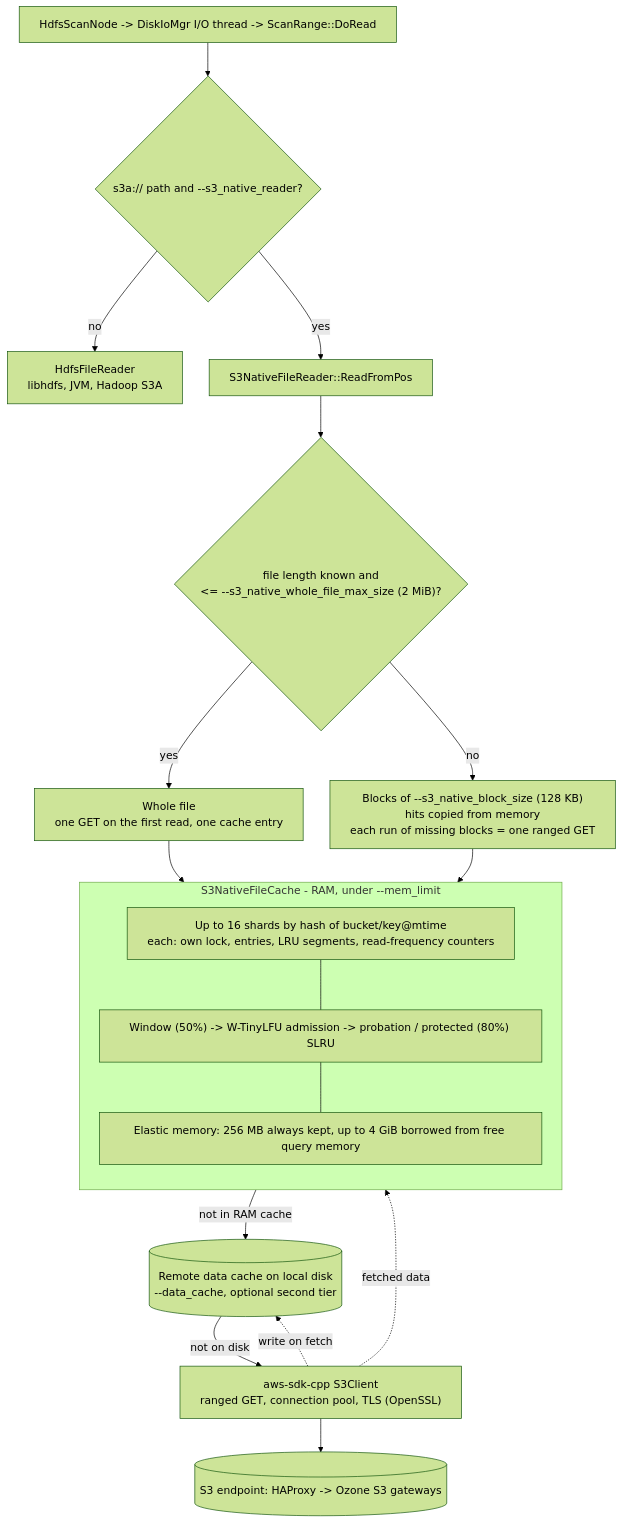
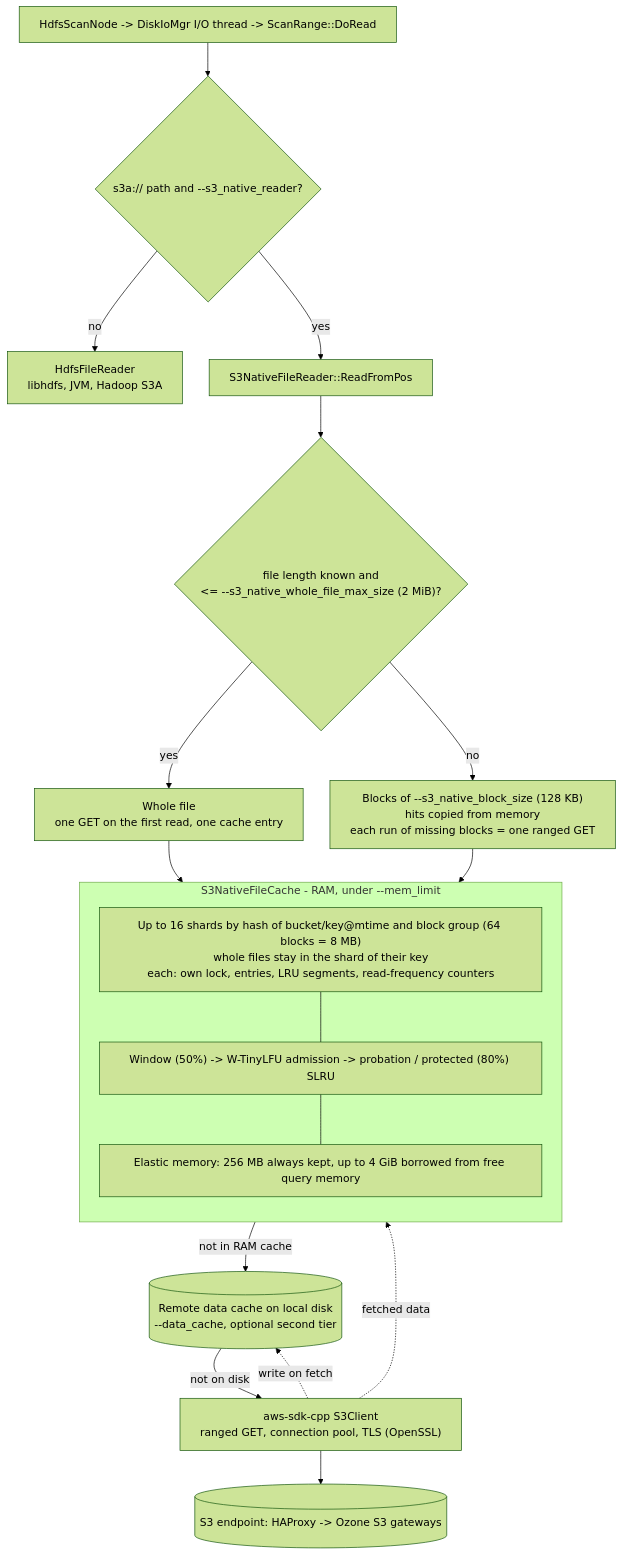
The diagram in docs/s3_native/native_s3_reader_architecture.mmd (arenadata/impala), drawn with Mermaid (forest theme) before and after one commit. The commit also changed 4 other files, not shown here.

Commit message:
ADH-9244: shard native S3 cache by file and block group

```diff
--- a/docs/s3_native/native_s3_reader_architecture.mmd
+++ b/docs/s3_native/native_s3_reader_architecture.mmd
@@ -1,35 +1,35 @@
 %%{init: {"flowchart": {"htmlLabels": true, "wrappingWidth": 600, "nodeSpacing": 40, "rankSpacing": 50}}}%%
 flowchart TD
     scan["HdfsScanNode -> DiskIoMgr I/O thread -> ScanRange::DoRead"]
     sel{"s3a:// path and --s3_native_reader?"}
     hdfs["HdfsFileReader<br/>libhdfs, JVM, Hadoop S3A"]
     reader["S3NativeFileReader::ReadFromPos"]
     size{"file length known and<br/>&lt;= --s3_native_whole_file_max_size (2 MiB)?"}
     whole["Whole file<br/>one GET on the first read, one cache entry"]
     blocks["Blocks of --s3_native_block_size (128 KB)<br/>hits copied from memory<br/>each run of missing blocks = one ranged GET"]
 
     subgraph ram["S3NativeFileCache - RAM, under --mem_limit"]
         direction TB
-        shards["Up to 16 shards by hash of bucket/key@mtime<br/>each: own lock, entries, LRU segments, read-frequency counters"]
+        shards["Up to 16 shards by hash of bucket/key@mtime and block group (64 blocks = 8 MB)<br/>whole files stay in the shard of their key<br/>each: own lock, entries, LRU segments, read-frequency counters"]
         segs["Window (50%) -> W-TinyLFU admission -> probation / protected (80%) SLRU"]
         mem["Elastic memory: 256 MB always kept, up to 4 GiB borrowed from free query memory"]
         shards --- segs --- mem
     end
 
     disk[("Remote data cache on local disk<br/>--data_cache, optional second tier")]
     s3["aws-sdk-cpp S3Client<br/>ranged GET, connection pool, TLS (OpenSSL)"]
     ozone[("S3 endpoint: HAProxy -> Ozone S3 gateways")]
 
     scan --> sel
     sel -- no --> hdfs
     sel -- yes --> reader
     reader --> size
     size -- yes --> whole
     size -- no --> blocks
     whole --> ram
     blocks --> ram
     ram -- "not in RAM cache" --> disk
     disk -- "not on disk" --> s3
     s3 --> ozone
     s3 -. "fetched data" .-> ram
     s3 -. "write on fetch" .-> disk
```
